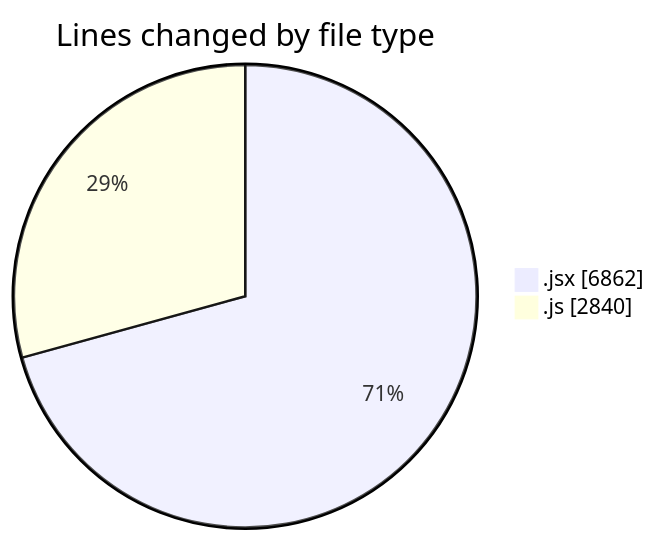
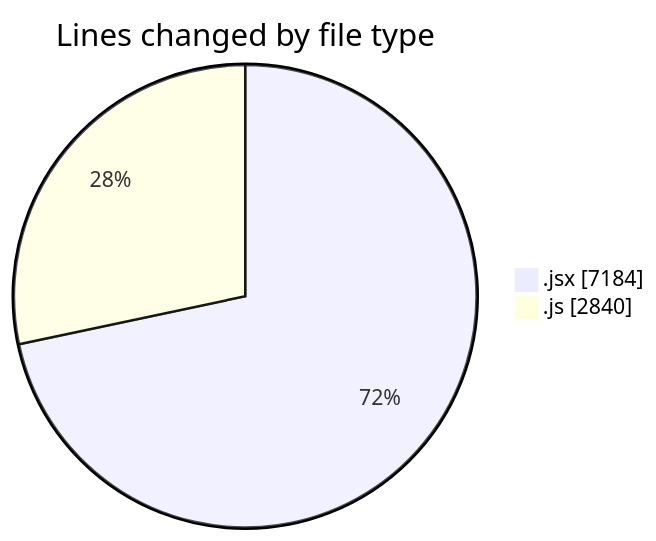
Before and after one commit to nxtqubesakshisongat/code-tracking: the first of 2 diagrams in 2025-09-23/nxtqube_webapp/README.md, drawn with Mermaid. The commit also changed other lines of this file and 1 other file, not shown here.

````diff
--- a/2025-09-23/nxtqube_webapp/README.md
+++ b/2025-09-23/nxtqube_webapp/README.md
@@ -23,6 +24,6 @@
 ```mermaid
 pie showData
 title Lines changed by file type
-".jsx" : 6862
+".jsx" : 7184
 ".js" : 2840
 ```
````
